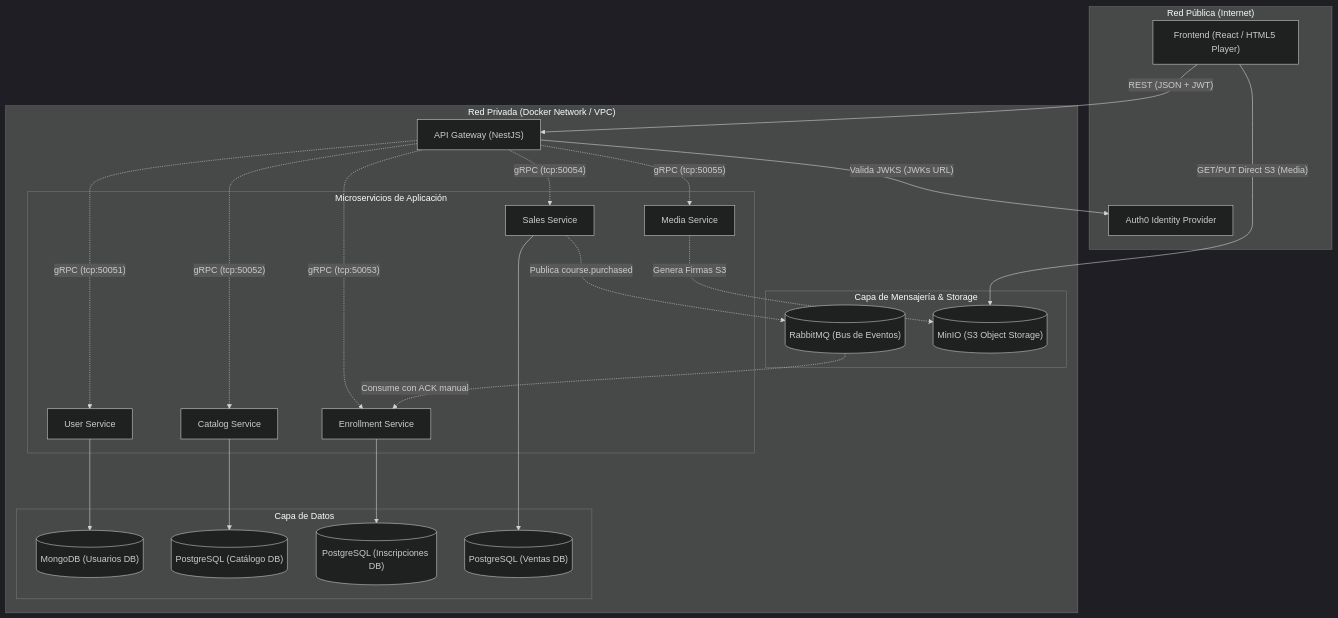
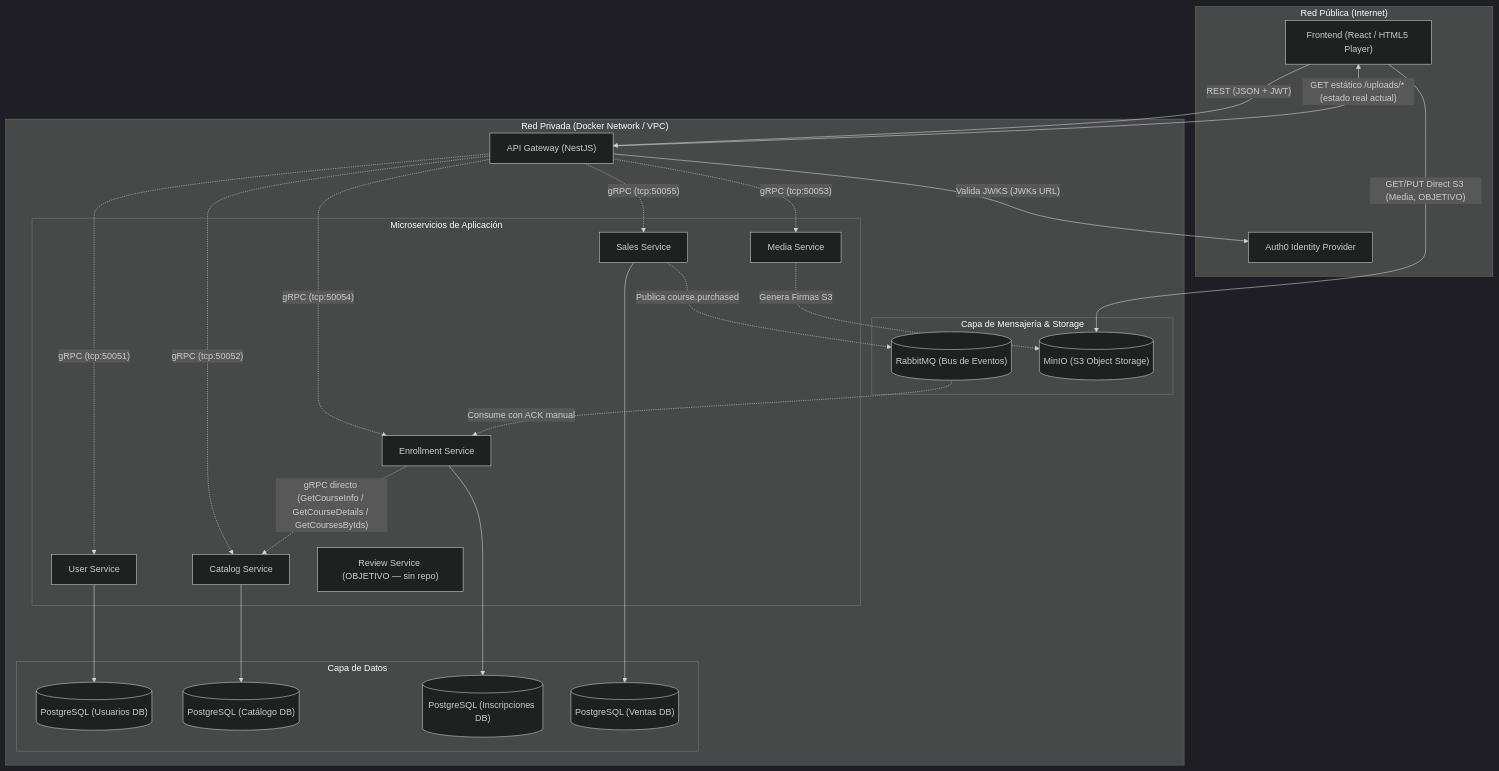
One commit to Pryectomaestria1/maestria-architecture changed the third of 3 diagrams in TDD_Udemy_Clone_Microservices.md. Above: the diagram before and after it, drawn with Mermaid (dark theme). The commit also changed other lines of this file and 1 other file, not shown here.

````diff
--- a/TDD_Udemy_Clone_Microservices.md
+++ b/TDD_Udemy_Clone_Microservices.md
@@ -158,54 +187,59 @@
 ```mermaid
 flowchart TB
     subgraph PublicZone ["Red Pública (Internet)"]
         FE["Frontend (React / HTML5 Player)"]
         Auth0["Auth0 Identity Provider"]
     end
 
     subgraph PrivateZone ["Red Privada (Docker Network / VPC)"]
         AG["API Gateway (NestJS)"]
         
         subgraph Services ["Microservicios de Aplicación"]
             UserS["User Service"]
             CatS["Catalog Service"]
             EnrS["Enrollment Service"]
             SalS["Sales Service"]
             MedS["Media Service"]
+            RevS["Review Service (OBJETIVO — sin repo)"]
         end
 
         subgraph Messaging ["Capa de Mensajería & Storage"]
             RMQ[("RabbitMQ (Bus de Eventos)")]
             MinIO[("MinIO (S3 Object Storage)")]
         end
 
         subgraph Databases ["Capa de Datos"]
-            DBUser[("MongoDB (Usuarios DB)")]
+            DBUser[("PostgreSQL (Usuarios DB)")]
             DBCat[("PostgreSQL (Catálogo DB)")]
             DBEnr[("PostgreSQL (Inscripciones DB)")]
             DBSal[("PostgreSQL (Ventas DB)")]
         end
     end
 
     %% Flujos de la Red Pública
     FE -->|"REST (JSON + JWT)"| AG
-    FE -->|"GET/PUT Direct S3 (Media)"| MinIO
+    AG -->|"GET estático /uploads/* (estado real actual)"| FE
+    FE -->|"GET/PUT Direct S3 (Media, OBJETIVO)"| MinIO
     AG -->|"Valida JWKS (JWKs URL)"| Auth0
 
     %% Flujos de la Red Privada
     AG -.->|"gRPC (tcp:50051)"| UserS
     AG -.->|"gRPC (tcp:50052)"| CatS
-    AG -.->|"gRPC (tcp:50053)"| EnrS
-    AG -.->|"gRPC (tcp:50054)"| SalS
-    AG -.->|"gRPC (tcp:50055)"| MedS
+    AG -.->|"gRPC (tcp:50053)"| MedS
+    AG -.->|"gRPC (tcp:50054)"| EnrS
+    AG -.->|"gRPC (tcp:50055)"| SalS
+
+    %% Acoplamiento directo enrollment -> catalog (no presente en la documentación previa)
+    EnrS -.->|"gRPC directo (GetCourseInfo / GetCourseDetails / GetCoursesByIds)"| CatS
 
     %% Conexión de Bases de Datos
     UserS ---> DBUser
     CatS ---> DBCat
     EnrS ---> DBEnr
     SalS ---> DBSal
 
     %% Conexiones Asíncronas y Storage
     SalS -.->|"Publica course.purchased"| RMQ
     RMQ -.->|"Consume con ACK manual"| EnrS
     MedS -.->|"Genera Firmas S3"| MinIO
 ```
````
